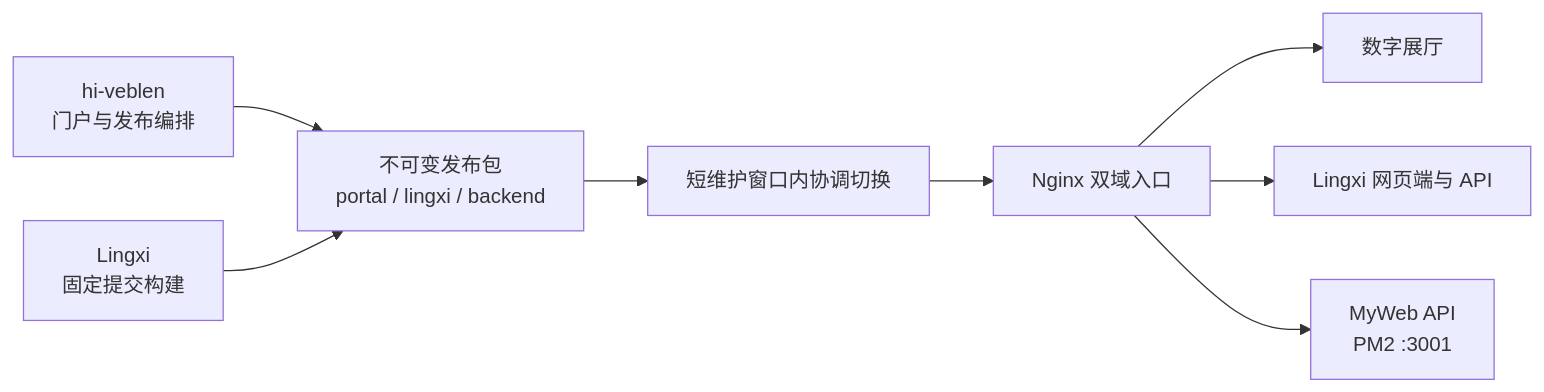
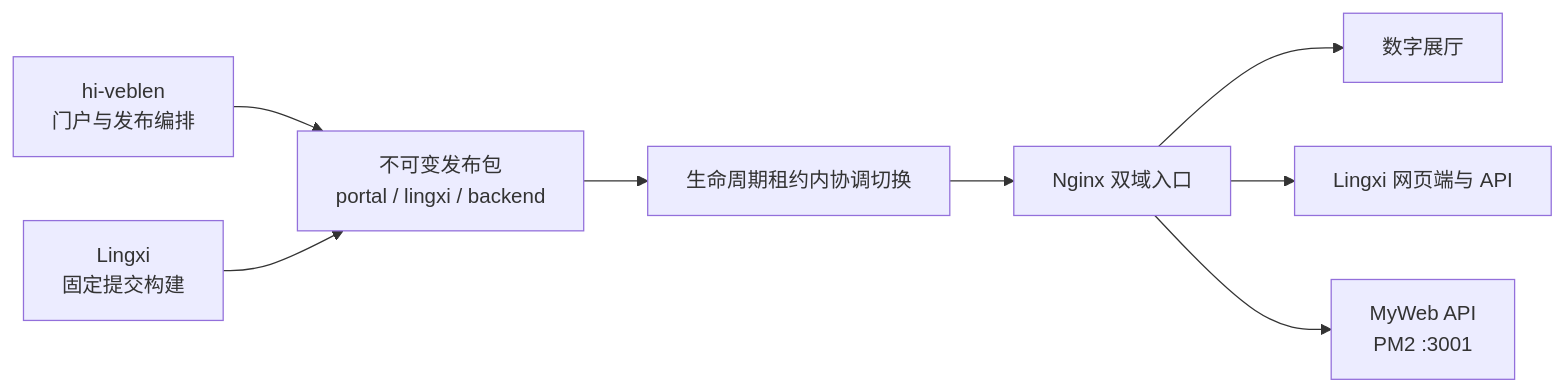
Before and after one commit to Timking123/hi-veblen: the diagram in README.md, drawn with Mermaid. The commit also changed other lines of this file and 7 other files, not shown here.

````diff
--- a/README.md
+++ b/README.md
@@ -41,18 +43,18 @@
 ```mermaid
 flowchart LR
   P["hi-veblen<br/>门户与发布编排"]
   L["Lingxi<br/>固定提交构建"]
   A["不可变发布包<br/>portal / lingxi / backend"]
-  S["短维护窗口内协调切换"]
+  S["生命周期租约内协调切换"]
   N["Nginx 双域入口"]
   W["数字展厅"]
   X["Lingxi 网页端与 API"]
   B["MyWeb API<br/>PM2 :3001"]
 
   P --> A
   L --> A
   A --> S --> N
   N --> W
   N --> X
   N --> B
 ```
````
